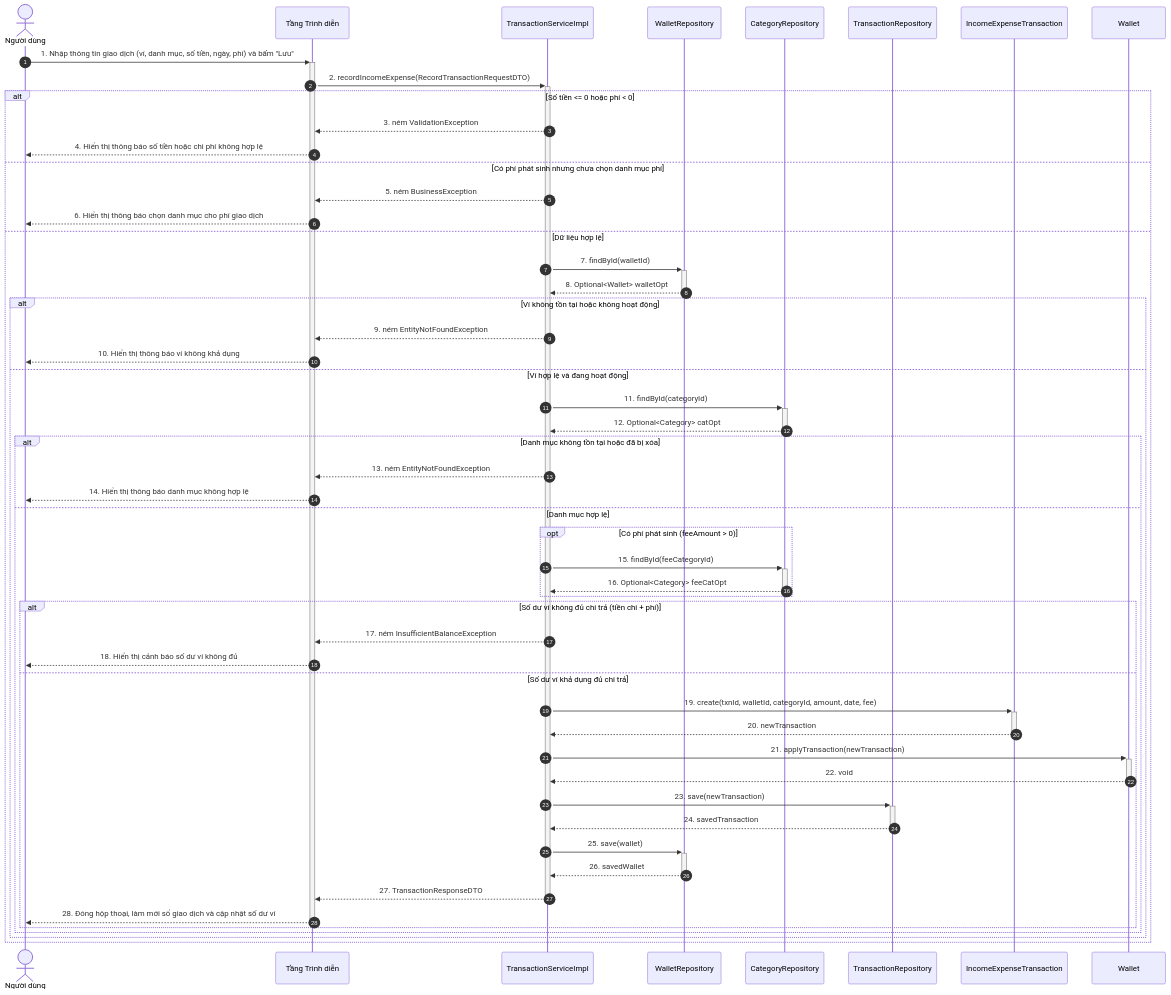
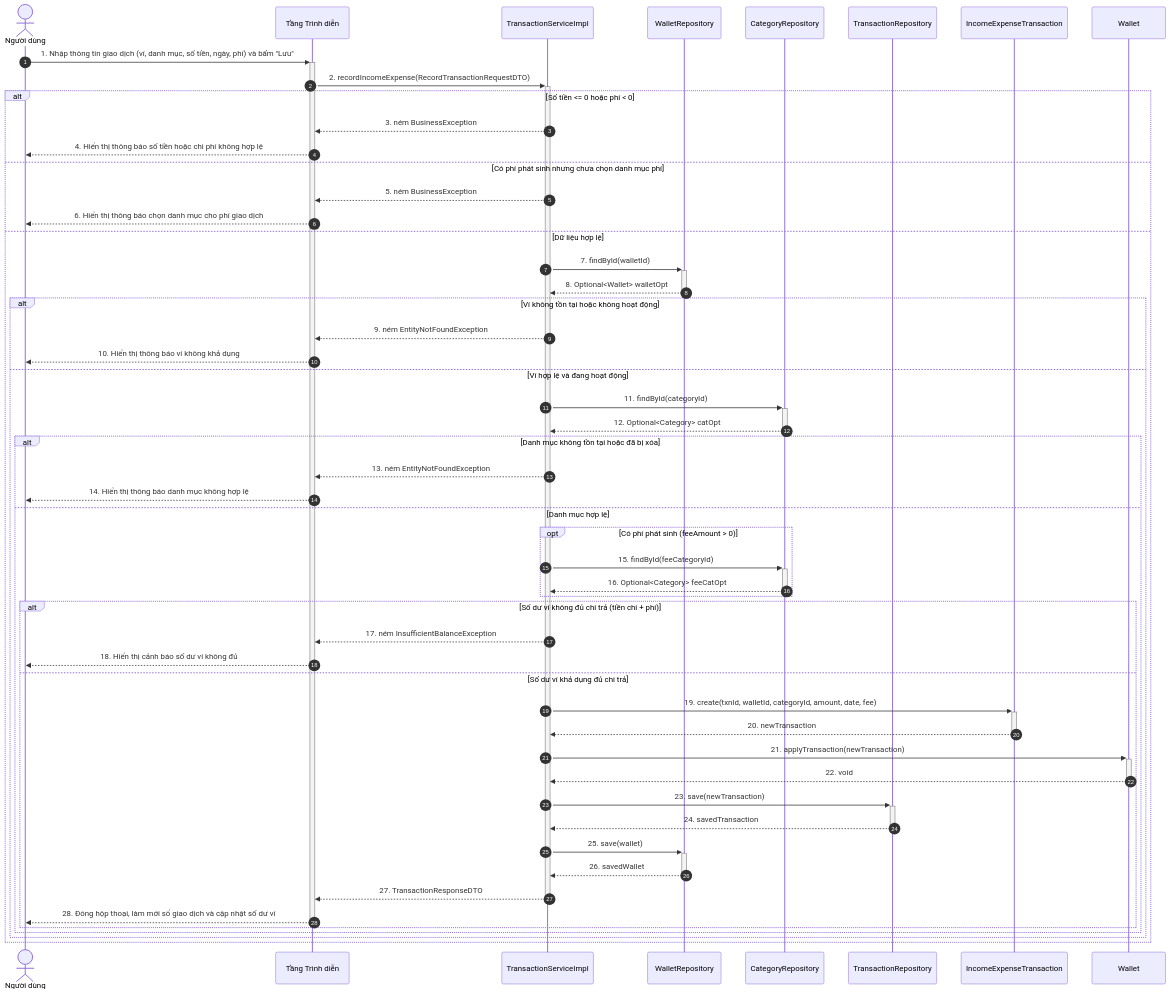
The sixth of 21 diagrams in docs/object-oriented-design/05-so-do-tuong-tac-thiet-ke-sequence-diagram.md (mynhleeh/pfms-oop), drawn with Mermaid before and after one commit. The commit also changed other lines of this file and 15 other files, not shown here.

````diff
--- a/docs/object-oriented-design/05-so-do-tuong-tac-thiet-ke-sequence-diagram.md
+++ b/docs/object-oriented-design/05-so-do-tuong-tac-thiet-ke-sequence-diagram.md
@@ -281,56 +281,56 @@
 ```mermaid
 sequenceDiagram
     autonumber
     actor User as Người dùng
     participant GUI as Tầng Trình diễn
     participant TransactionService as TransactionServiceImpl
     participant WalletRepo as WalletRepository
     participant CatRepo as CategoryRepository
     participant TxnRepo as TransactionRepository
     participant Transaction as IncomeExpenseTransaction
     participant Wallet as Wallet
 
     User->>+GUI: 1. Nhập thông tin giao dịch (ví, danh mục, số tiền, ngày, phí) và bấm "Lưu"
     GUI->>+TransactionService: 2. recordIncomeExpense(RecordTransactionRequestDTO)
     alt Số tiền <= 0 hoặc phí < 0
-        TransactionService-->>GUI: 3. ném ValidationException
+        TransactionService-->>GUI: 3. ném BusinessException
         GUI-->>User: 4. Hiển thị thông báo số tiền hoặc chi phí không hợp lệ
     else Có phí phát sinh nhưng chưa chọn danh mục phí
         TransactionService-->>GUI: 5. ném BusinessException
         GUI-->>User: 6. Hiển thị thông báo chọn danh mục cho phí giao dịch
     else Dữ liệu hợp lệ
         TransactionService->>+WalletRepo: 7. findById(walletId)
         WalletRepo-->>-TransactionService: 8. Optional<Wallet> walletOpt
         alt Ví không tồn tại hoặc không hoạt động
             TransactionService-->>GUI: 9. ném EntityNotFoundException
             GUI-->>User: 10. Hiển thị thông báo ví không khả dụng
         else Ví hợp lệ và đang hoạt động
             TransactionService->>+CatRepo: 11. findById(categoryId)
             CatRepo-->>-TransactionService: 12. Optional<Category> catOpt
             alt Danh mục không tồn tại hoặc đã bị xóa
                 TransactionService-->>GUI: 13. ném EntityNotFoundException
                 GUI-->>User: 14. Hiển thị thông báo danh mục không hợp lệ
             else Danh mục hợp lệ
                 opt Có phí phát sinh (feeAmount > 0)
                     TransactionService->>+CatRepo: 15. findById(feeCategoryId)
                     CatRepo-->>-TransactionService: 16. Optional<Category> feeCatOpt
                 end
                 alt Số dư ví không đủ chi trả (tiền chi + phí)
                     TransactionService-->>GUI: 17. ném InsufficientBalanceException
                     GUI-->>User: 18. Hiển thị cảnh báo số dư ví không đủ
                 else Số dư ví khả dụng đủ chi trả
                     TransactionService->>+Transaction: 19. create(txnId, walletId, categoryId, amount, date, fee)
                     Transaction-->>-TransactionService: 20. newTransaction
                     TransactionService->>+Wallet: 21. applyTransaction(newTransaction)
                     Wallet-->>-TransactionService: 22. void
                     TransactionService->>+TxnRepo: 23. save(newTransaction)
                     TxnRepo-->>-TransactionService: 24. savedTransaction
                     TransactionService->>+WalletRepo: 25. save(wallet)
                     WalletRepo-->>-TransactionService: 26. savedWallet
                     TransactionService-->>-GUI: 27. TransactionResponseDTO
                     GUI-->>-User: 28. Đóng hộp thoại, làm mới sổ giao dịch và cập nhật số dư ví
                 end
             end
         end
     end
 ```
````
